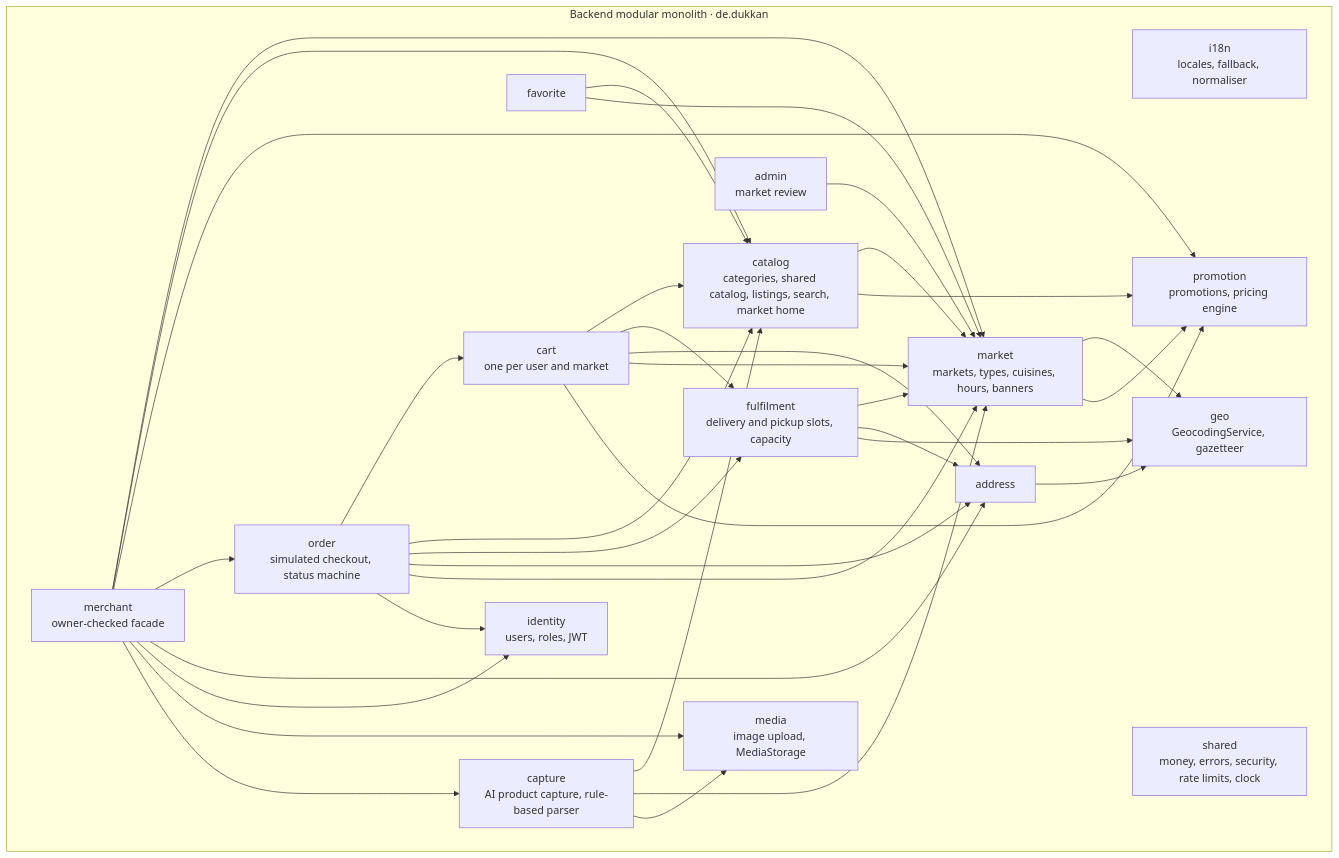
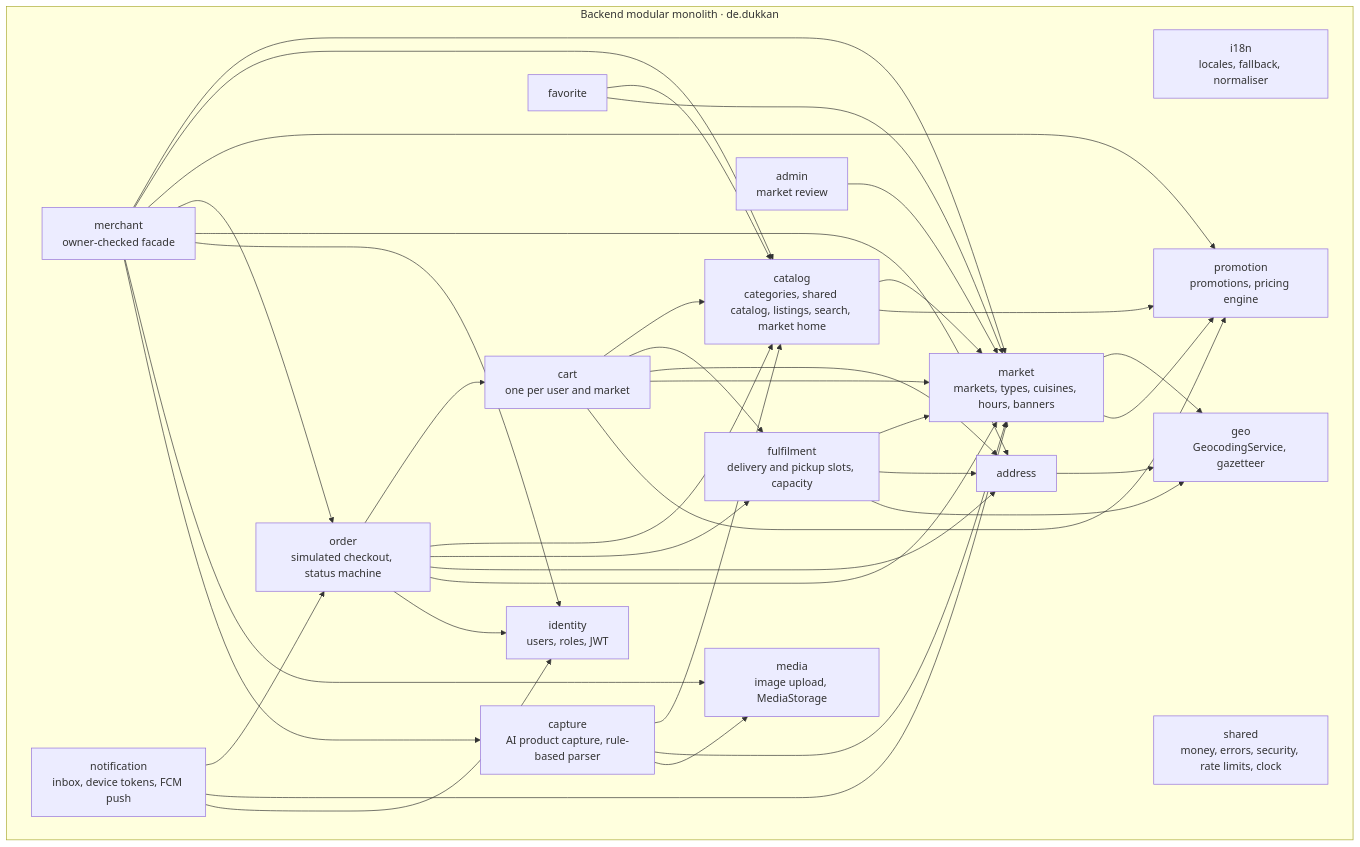
One commit to uptonext-org/dukkan changed the diagram in docs/architecture/diagrams/backend-modules.mmd. Above: the diagram before and after it, drawn with Mermaid. The commit also changed 63 other files, not shown here.

```diff
--- a/docs/architecture/diagrams/backend-modules.mmd
+++ b/docs/architecture/diagrams/backend-modules.mmd
@@ -1,52 +1,56 @@
 flowchart TB
   subgraph backend[Backend modular monolith · de.dukkan]
     i18n[i18n<br/>locales, fallback, normaliser]
     geo[geo<br/>GeocodingService, gazetteer]
     identity[identity<br/>users, roles, JWT]
     market[market<br/>markets, types, cuisines, hours, banners]
     promotion[promotion<br/>promotions, pricing engine]
     catalog[catalog<br/>categories, shared catalog, listings, search, market home]
     address[address]
     fulfilment[fulfilment<br/>delivery and pickup slots, capacity]
     cart[cart<br/>one per user and market]
     order[order<br/>simulated checkout, status machine]
     favorite[favorite]
     merchant[merchant<br/>owner-checked facade]
     admin[admin<br/>market review]
     media[media<br/>image upload, MediaStorage]
     capture[capture<br/>AI product capture, rule-based parser]
+    notification[notification<br/>inbox, device tokens, FCM push]
     shared[shared<br/>money, errors, security, rate limits, clock]
   end
   address --> geo
   market --> geo
   market --> promotion
   catalog --> market
   catalog --> promotion
   fulfilment --> market
   fulfilment --> address
   fulfilment --> geo
   cart --> catalog
   cart --> fulfilment
   cart --> address
   cart --> market
   cart --> promotion
   order --> cart
   order --> catalog
   order --> fulfilment
   order --> address
   order --> market
   order --> identity
   favorite --> catalog
   favorite --> market
   merchant --> market
   merchant --> catalog
   merchant --> promotion
   merchant --> order
   merchant --> address
   merchant --> identity
   merchant --> media
   merchant --> capture
   capture --> catalog
   capture --> market
   capture --> media
   admin --> market
+  notification --> order
+  notification --> market
+  notification --> identity
```
